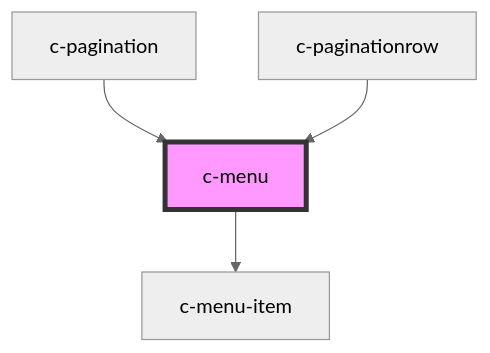
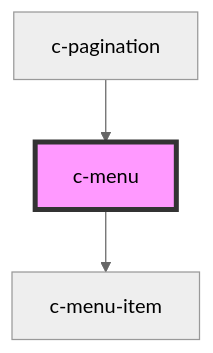
Before and after one commit to hannyle/csc-ui: the diagram in src/components/c-menu/readme.md, drawn with Mermaid (neutral theme). The commit also changed other lines of this file and 37 other files, not shown here.

````diff
--- a/src/components/c-menu/readme.md
+++ b/src/components/c-menu/readme.md
@@ -30,7 +29,6 @@
 ```mermaid
 graph TD;
   c-menu --> c-menu-item
   c-pagination --> c-menu
-  c-paginationrow --> c-menu
   style c-menu fill:#f9f,stroke:#333,stroke-width:4px
 ```
````
